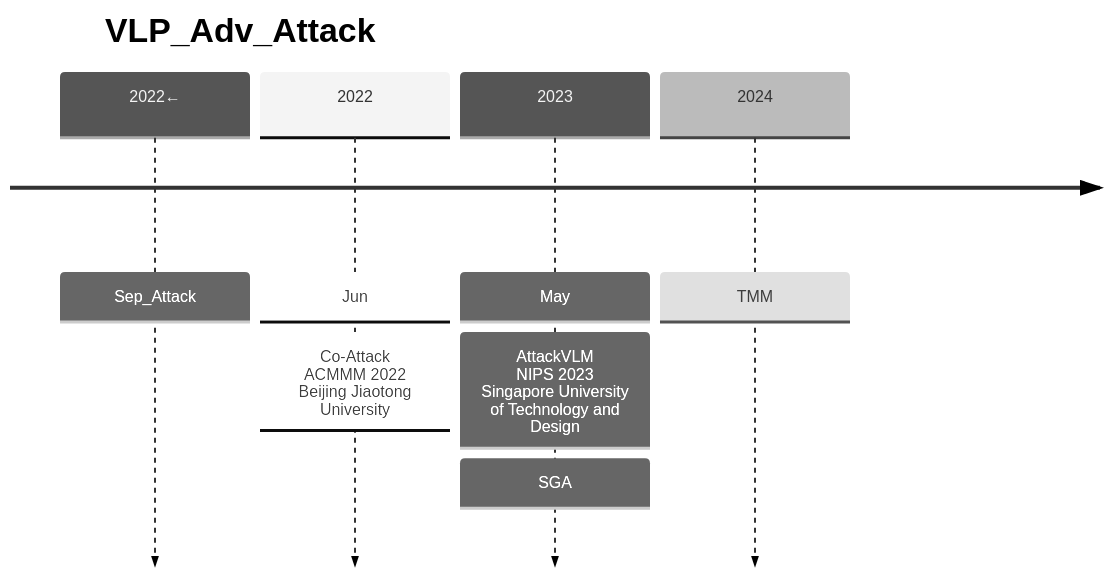
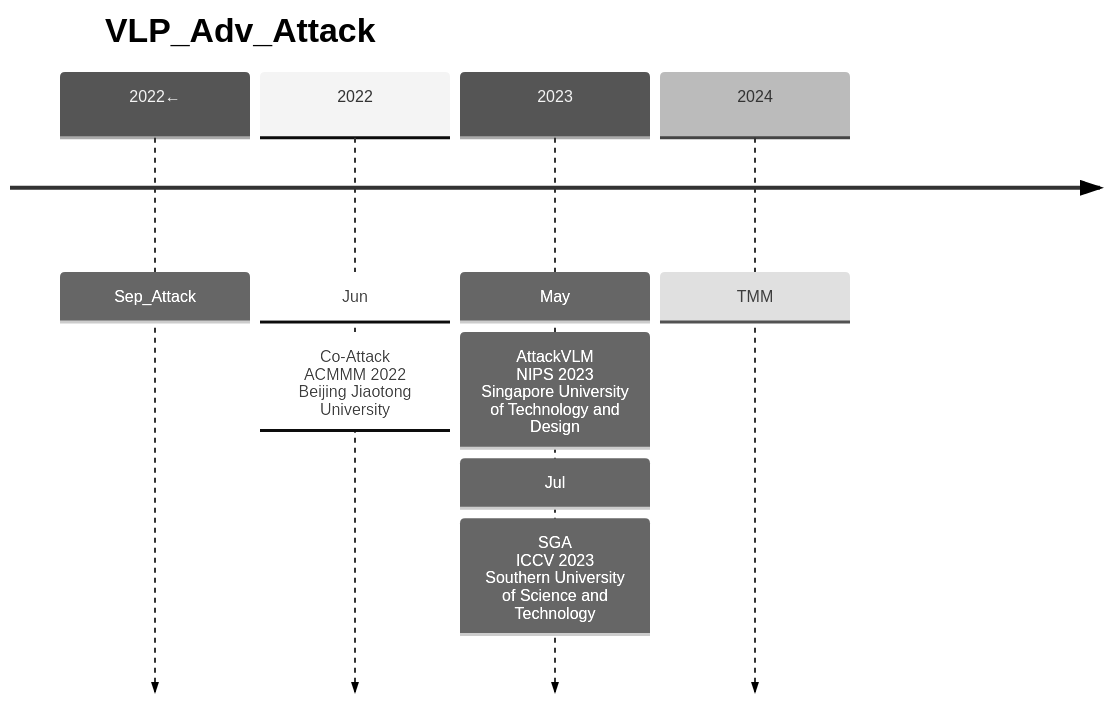
Before and after one commit to Elephant-King9/Paper: the first of 6 diagrams in Attack/Adversarial_Attack/VLP/analyse.md, drawn with Mermaid (neutral theme). The commit also changed other lines of this file and 5 other files, not shown here.

````diff
--- a/Attack/Adversarial_Attack/VLP/analyse.md
+++ b/Attack/Adversarial_Attack/VLP/analyse.md
@@ -3,11 +3,12 @@
 ```mermaid
 timeline
     title VLP_Adv_Attack
     2022← : Sep_Attack
     2022 : Jun
     		 : Co-Attack<br>ACMMM 2022<br>Beijing Jiaotong University
     2023 : May
     		 : AttackVLM<br>NIPS 2023<br>Singapore University of Technology and Design
-    		 : SGA
+    		 : Jul
+    		 : SGA<br>ICCV 2023<br>Southern University of Science and Technology
     2024 : TMM
 ```
````
